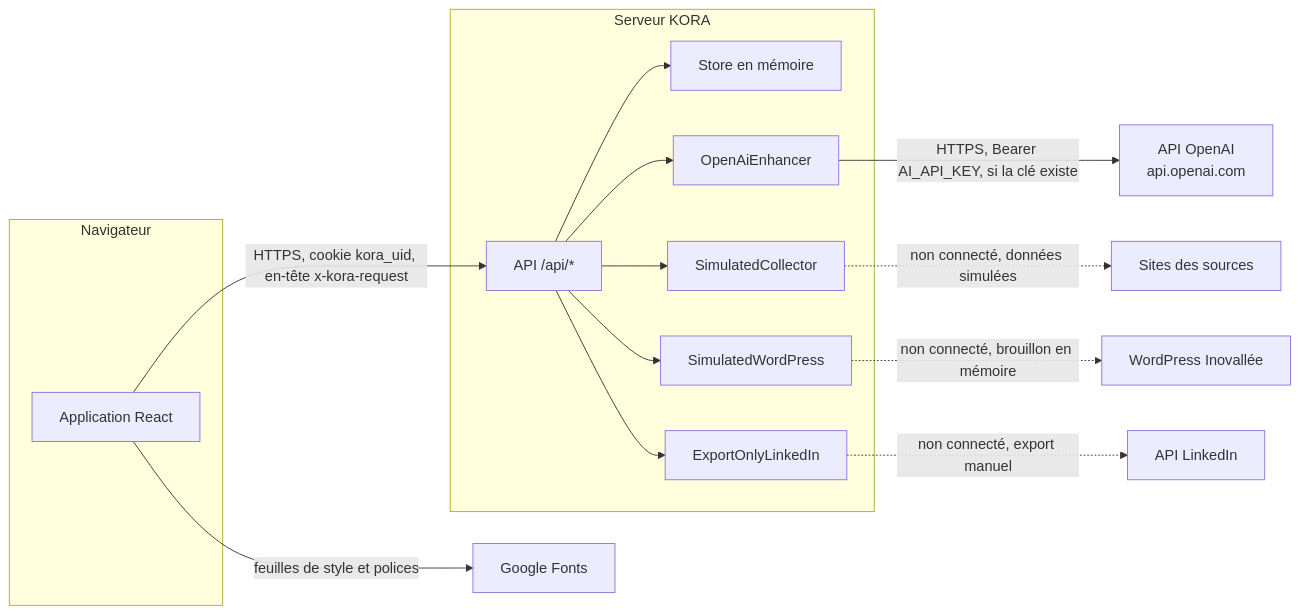
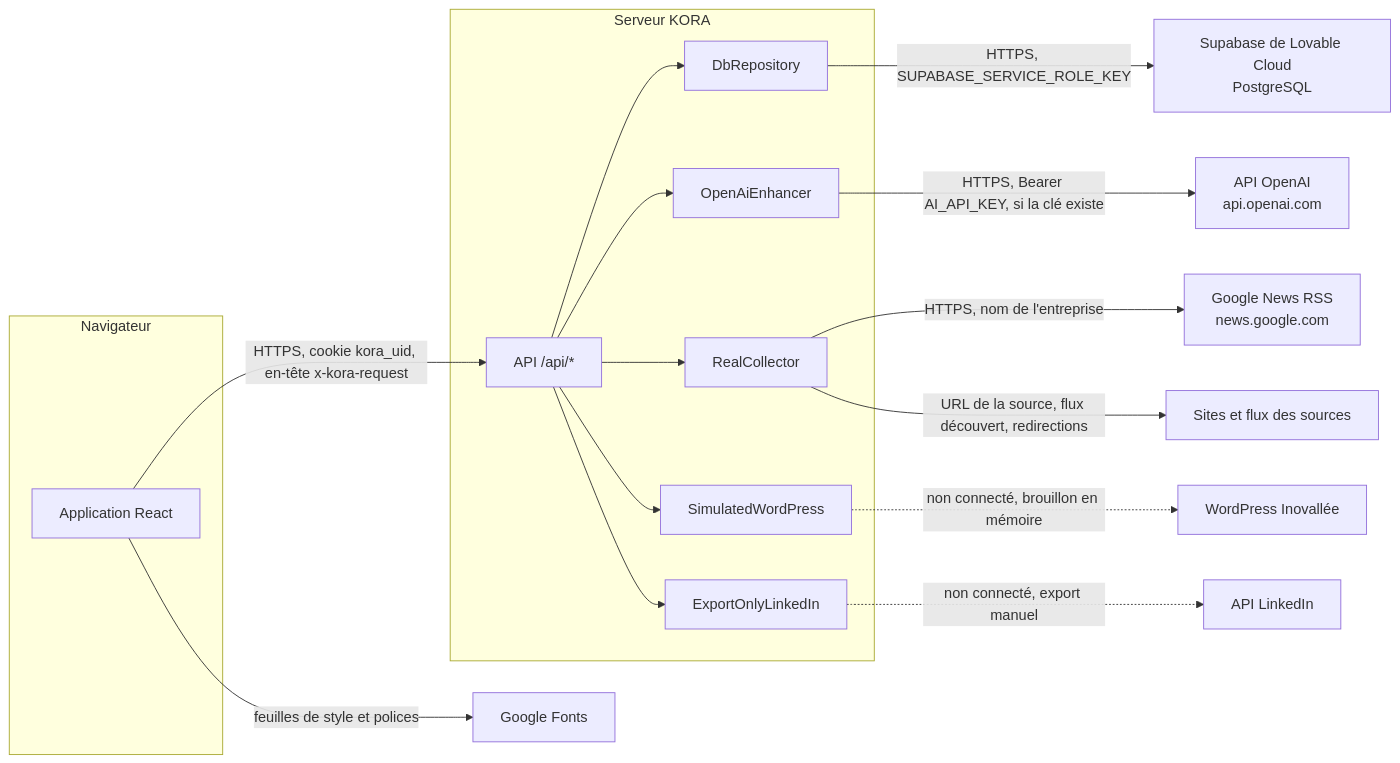
The diagram in docs/06-securite-et-flux-tiers.md (Makk7709/koraino), drawn with Mermaid before and after one commit. The commit also changed other lines of this file and 12 other files, not shown here.

````diff
--- a/docs/06-securite-et-flux-tiers.md
+++ b/docs/06-securite-et-flux-tiers.md
@@ -184,30 +211,34 @@
 ```mermaid
 flowchart LR
   subgraph nav [Navigateur]
     UI["Application React"]
   end
   subgraph srv [Serveur KORA]
     API["API /api/*"]
-    STORE["Store en mémoire"]
+    REPO["DbRepository"]
     AI["OpenAiEnhancer"]
-    COL["SimulatedCollector"]
+    COL["RealCollector"]
     WP["SimulatedWordPress"]
     LI["ExportOnlyLinkedIn"]
   end
+  SB["Supabase de Lovable Cloud<br/>PostgreSQL"]
   OAI["API OpenAI<br/>api.openai.com"]
-  WEB["Sites des sources"]
+  GN["Google News RSS<br/>news.google.com"]
+  WEB["Sites et flux des sources"]
   WPR["WordPress Inovallée"]
   LIR["API LinkedIn"]
   GF["Google Fonts"]
   UI -->|"HTTPS, cookie kora_uid, en-tête x-kora-request"| API
-  API --> STORE
+  API --> REPO
   API --> AI
   API --> COL
   API --> WP
   API --> LI
+  REPO -->|"HTTPS, SUPABASE_SERVICE_ROLE_KEY"| SB
   AI -->|"HTTPS, Bearer AI_API_KEY, si la clé existe"| OAI
-  COL -.->|"non connecté, données simulées"| WEB
+  COL -->|"HTTPS, nom de l'entreprise"| GN
+  COL -->|"URL de la source, flux découvert, redirections"| WEB
   WP -.->|"non connecté, brouillon en mémoire"| WPR
   LI -.->|"non connecté, export manuel"| LIR
   UI -->|"feuilles de style et polices"| GF
 ```
````
